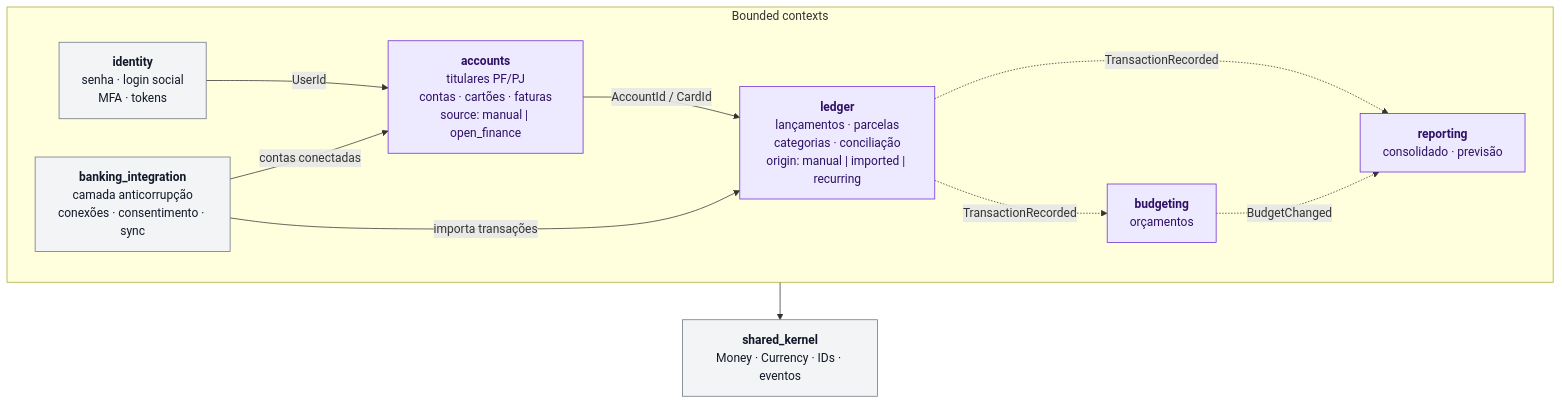
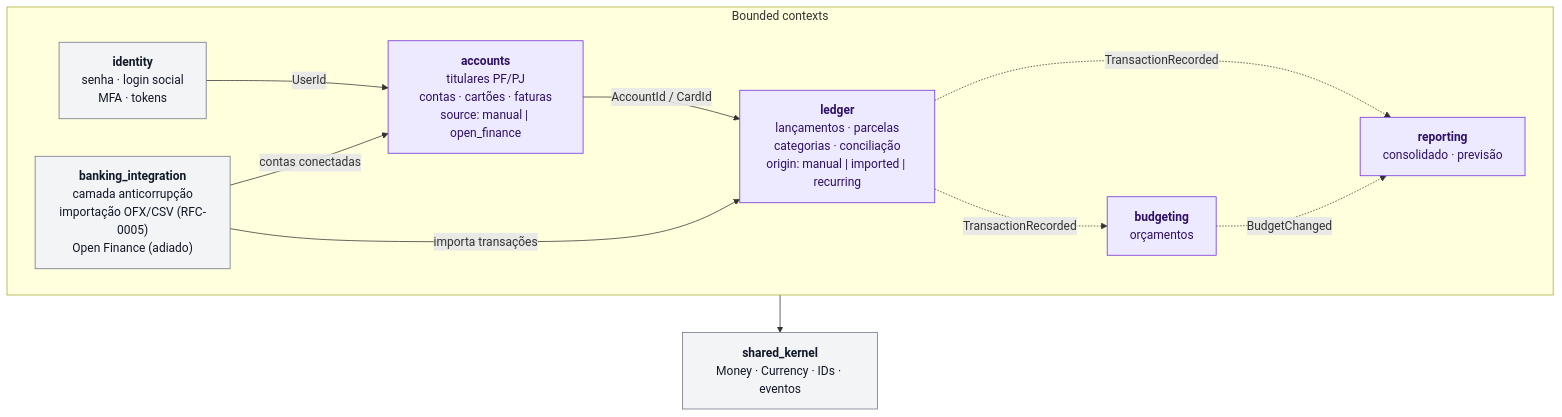
The third of 6 diagrams in docs/architecture/diagrams.md (wyhitomi/my-finance-app), drawn with Mermaid before and after one commit. The commit also changed other lines of this file and 4 other files, not shown here.

First line of the commit message:
docs: prioritise OFX/CSV import over Open Finance

````diff
--- a/docs/architecture/diagrams.md
+++ b/docs/architecture/diagrams.md
@@ -80,28 +80,28 @@
 ```mermaid
 flowchart TB
     subgraph ctx["Bounded contexts"]
         identity["<b>identity</b><br/>senha · login social<br/>MFA · tokens"]
         accounts["<b>accounts</b><br/>titulares PF/PJ<br/>contas · cartões · faturas<br/>source: manual | open_finance"]
         ledger["<b>ledger</b><br/>lançamentos · parcelas<br/>categorias · conciliação<br/>origin: manual | imported | recurring"]
         budgeting["<b>budgeting</b><br/>orçamentos"]
         reporting["<b>reporting</b><br/>consolidado · previsão"]
-        banking["<b>banking_integration</b><br/>camada anticorrupção<br/>conexões · consentimento · sync"]
+        banking["<b>banking_integration</b><br/>camada anticorrupção<br/>importação OFX/CSV (RFC-0005)<br/>Open Finance (adiado)"]
     end
 
     kernel["<b>shared_kernel</b><br/>Money · Currency · IDs · eventos"]
 
     identity -->|UserId| accounts
     accounts -->|"AccountId / CardId"| ledger
     banking -->|contas conectadas| accounts
     banking -->|"importa transações"| ledger
     ledger -.->|"TransactionRecorded"| budgeting
     ledger -.->|"TransactionRecorded"| reporting
     budgeting -.->|"BudgetChanged"| reporting
 
     ctx --> kernel
 
     classDef core fill:#ede9fe,stroke:#6d28d9,color:#2e1065
     classDef support fill:#f3f4f6,stroke:#6b7280,color:#111827
     class accounts,ledger,budgeting,reporting core
     class identity,banking,kernel support
 ```
````
